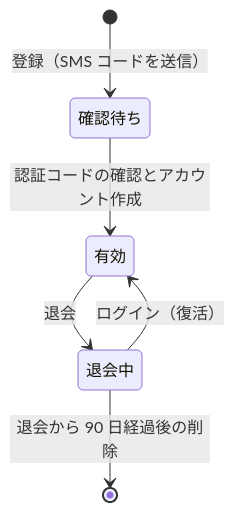
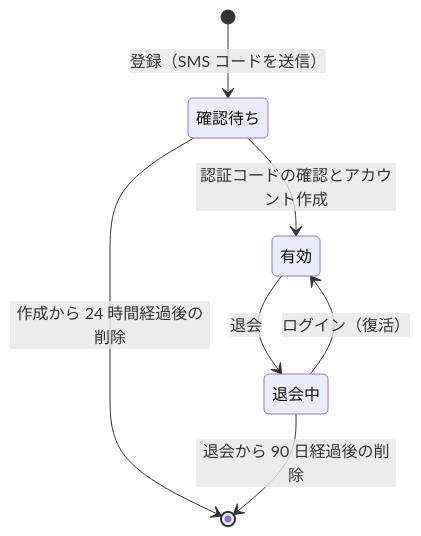
The diagram in dystopia/docs/features/account.md (panicboat/monorepo), drawn with Mermaid before and after one commit. The commit also changed other lines of this file and 31 other files, not shown here.

````diff
--- a/dystopia/docs/features/account.md
+++ b/dystopia/docs/features/account.md
@@ -94,8 +109,9 @@
 ```mermaid
 stateDiagram-v2
     [*] --> 確認待ち: 登録（SMS コードを送信）
     確認待ち --> 有効: 認証コードの確認とアカウント作成
+    確認待ち --> [*]: 作成から 24 時間経過後の削除
     有効 --> 退会中: 退会
     退会中 --> 有効: ログイン（復活）
     退会中 --> [*]: 退会から 90 日経過後の削除
 ```
````
